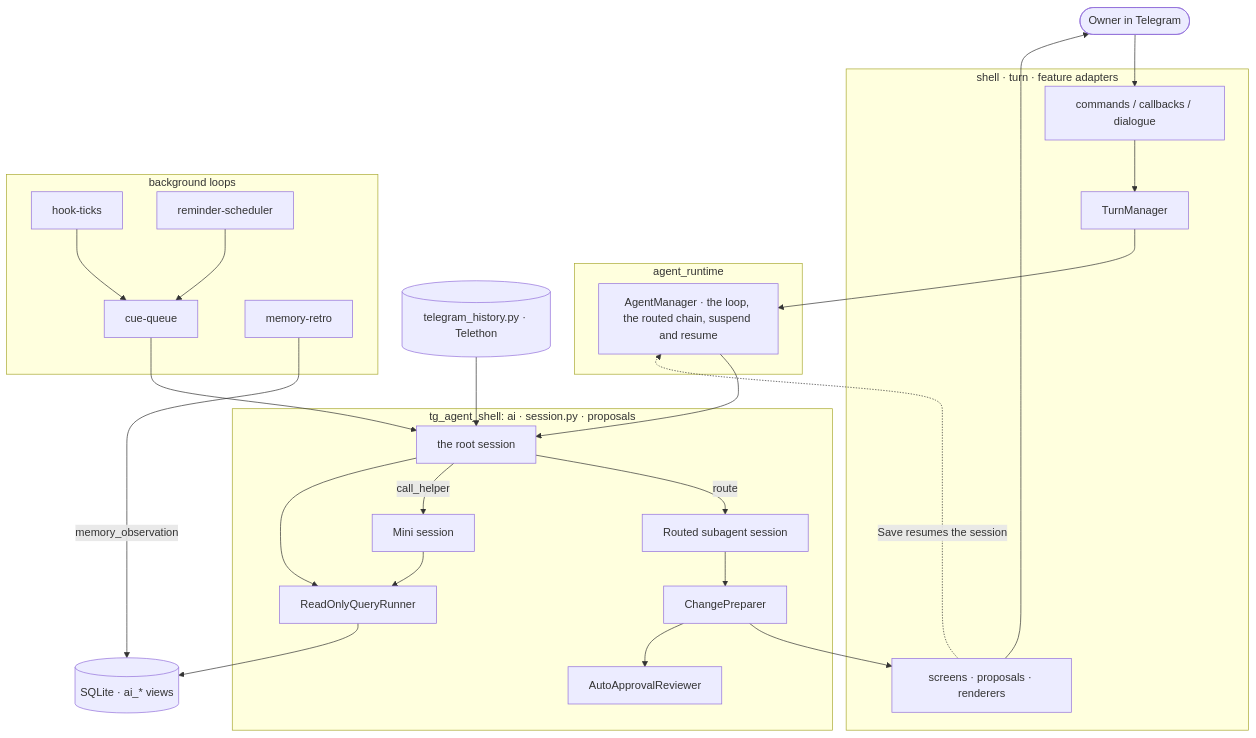
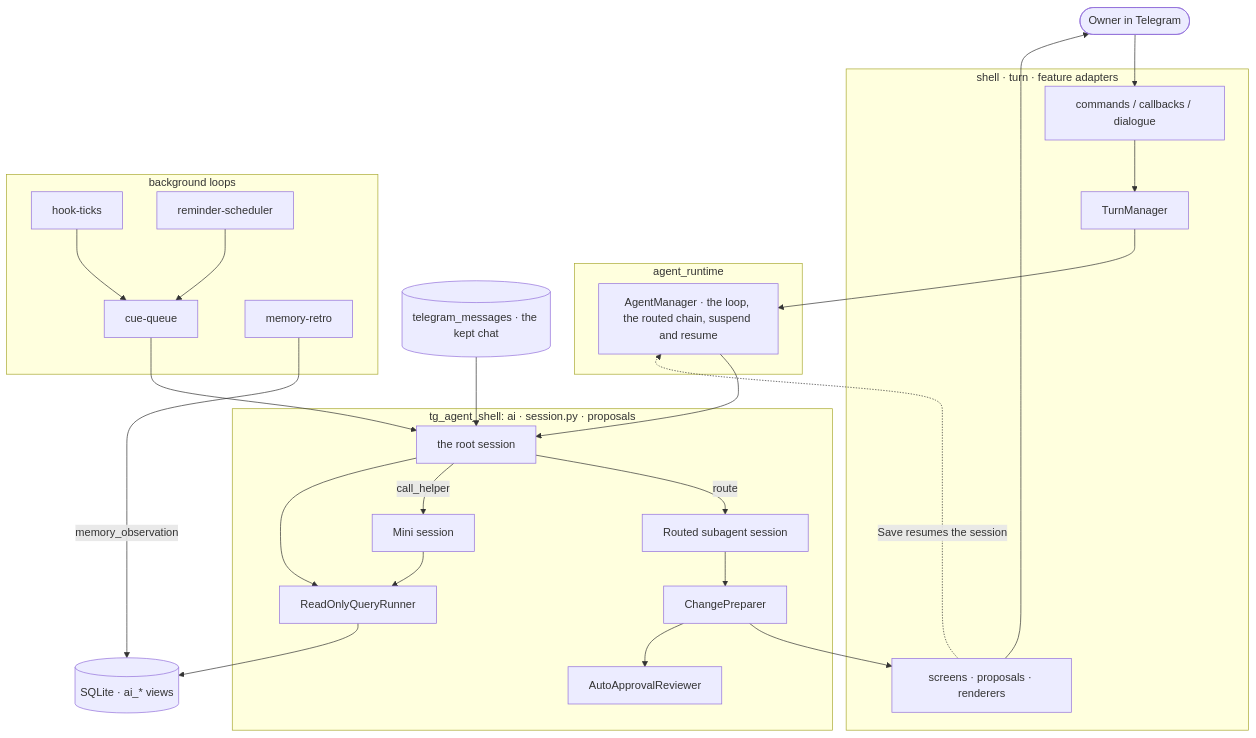
Before and after one commit to myvaheed/tg-ai-safwa: the third of 12 diagrams in docs/AGENT_ARCH.md, drawn with Mermaid. The commit also changed other lines of this file and 51 other files, not shown here.

````diff
--- a/docs/AGENT_ARCH.md
+++ b/docs/AGENT_ARCH.md
@@ -131,43 +131,43 @@
 ```mermaid
 flowchart TB
     OWNER([Owner in Telegram])
     subgraph TG[shell · turn · feature adapters]
         HANDLERS[commands / callbacks / dialogue]
         GUARD[TurnManager]
         SCREENS[screens · proposals · renderers]
     end
     subgraph RT[agent_runtime]
         MGR[AgentManager · the loop, the routed chain, suspend and resume]
     end
     subgraph AI[tg_agent_shell: ai · session.py · proposals]
         ADV[the root session]
         SUB[Routed subagent session]
         MINI[Mini session]
         PREP[ChangePreparer]
         AUTO[AutoApprovalReviewer]
         SQL[ReadOnlyQueryRunner]
     end
     subgraph BG[background loops]
         CUE[cue-queue]
         TICK[hook-ticks]
         REM[reminder-scheduler]
         MEMR[memory-retro]
     end
-    HIST[(telegram_history.py · Telethon)]
+    HIST[(telegram_messages · the kept chat)]
     DB[(SQLite · ai_* views)]
 
     OWNER --> HANDLERS --> GUARD --> MGR
     MGR --> ADV
     SCREENS -.->|Save resumes the session| MGR
     ADV -->|route| SUB
     ADV -->|call_helper| MINI
     SUB --> PREP --> SCREENS --> OWNER
     PREP --> AUTO
     ADV --> SQL --> DB
     MINI --> SQL
     HIST --> ADV
     CUE --> ADV
     TICK --> CUE
     REM --> CUE
     MEMR -->|memory_observation| DB
 ```
````
